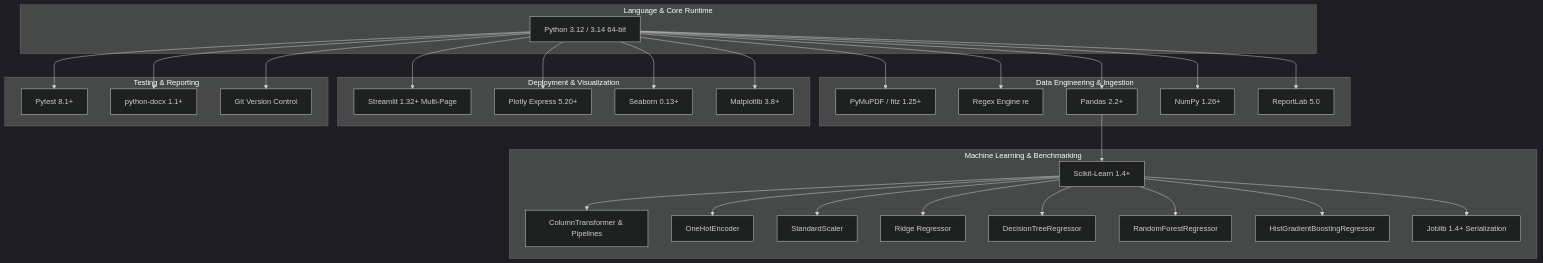
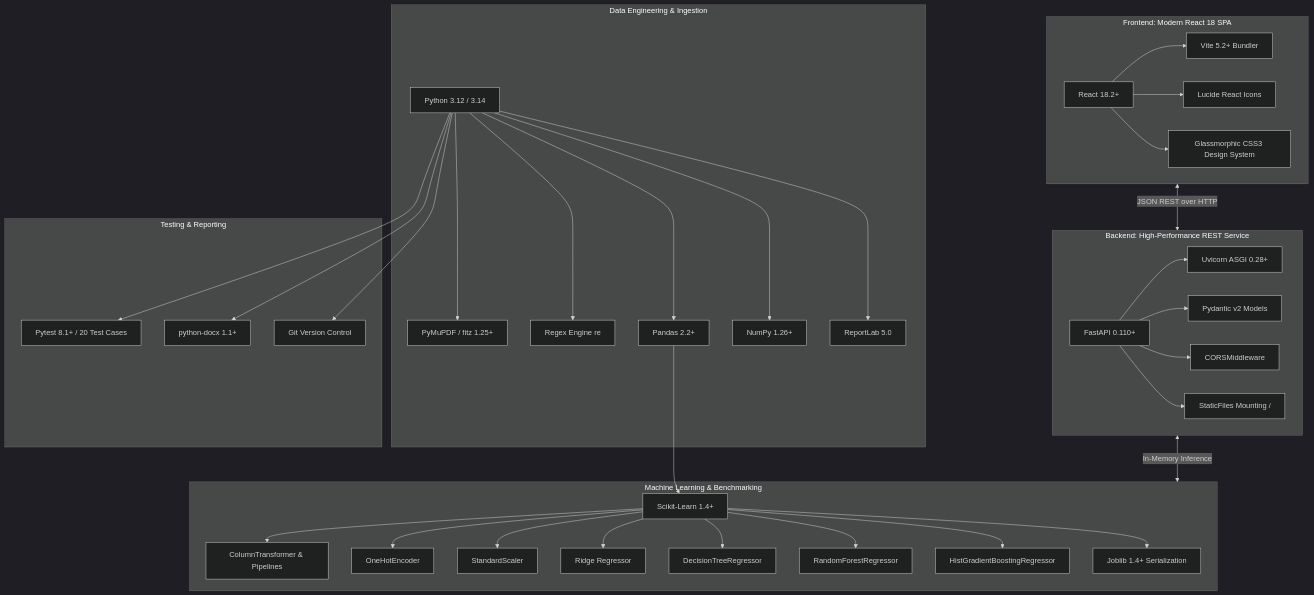
The second of 5 diagrams in PROJECT_DOCUMENTATION.md (shindesiddhant-415/MHTCET-College-Admission-Predictor), drawn with Mermaid (dark theme) before and after one commit. The commit also changed other lines of this file and 57 other files, not shown here.

Commit message:
feat: migrate frontend to React 18 SPA with FastAPI REST backend and complete documentation

````diff
--- a/PROJECT_DOCUMENTATION.md
+++ b/PROJECT_DOCUMENTATION.md
@@ -96,39 +96,53 @@
 ```mermaid
 flowchart TD
-    subgraph Language_Runtime [Language & Core Runtime]
-        P[Python 3.12 / 3.14 64-bit]
+    subgraph Frontend_SPA [Frontend: Modern React 18 SPA]
+        R18[React 18.2+]
+        VITE[Vite 5.2+ Bundler]
+        LUC[Lucide React Icons]
+        CSS[Glassmorphic CSS3 Design System]
+        R18 --> VITE
+        R18 --> LUC
+        R18 --> CSS
+    end
+
+    subgraph Backend_API [Backend: High-Performance REST Service]
+        FAP[FastAPI 0.110+]
+        UVI[Uvicorn ASGI 0.28+]
+        PYD[Pydantic v2 Models]
+        CORS[CORSMiddleware]
+        STAT[StaticFiles Mounting /]
+        FAP --> UVI
+        FAP --> PYD
+        FAP --> CORS
+        FAP --> STAT
     end
 
     subgraph Data_Pipeline [Data Engineering & Ingestion]
-        P --> FITZ[PyMuPDF / fitz 1.25+]
+        P[Python 3.12 / 3.14] --> FITZ[PyMuPDF / fitz 1.25+]
         P --> RE[Regex Engine re]
         P --> PD[Pandas 2.2+]
         P --> NP[NumPy 1.26+]
         P --> RL[ReportLab 5.0]
     end
 
     subgraph Modeling_Engine [Machine Learning & Benchmarking]
         PD --> SKL[Scikit-Learn 1.4+]
         SKL --> COL[ColumnTransformer & Pipelines]
         SKL --> OHE[OneHotEncoder]
         SKL --> SC[StandardScaler]
         SKL --> RID[Ridge Regressor]
         SKL --> DT[DecisionTreeRegressor]
         SKL --> RF[RandomForestRegressor]
         SKL --> HGB[HistGradientBoostingRegressor]
         SKL --> JB[Joblib 1.4+ Serialization]
     end
 
-    subgraph Visualization_UI [Deployment & Visualization]
-        P --> ST[Streamlit 1.32+ Multi-Page]
-        P --> PLY[Plotly Express 5.20+]
-        P --> SNS[Seaborn 0.13+]
-        P --> MPL[Matplotlib 3.8+]
-    end
-
     subgraph QA_Documentation [Testing & Reporting]
-        P --> PYT[Pytest 8.1+]
+        P --> PYT[Pytest 8.1+ / 20 Test Cases]
         P --> DOCX[python-docx 1.1+]
         P --> GIT[Git Version Control]
     end
+
+    Frontend_SPA <-->|JSON REST over HTTP| Backend_API
+    Backend_API <-->|In-Memory Inference| Modeling_Engine
 ```
````
